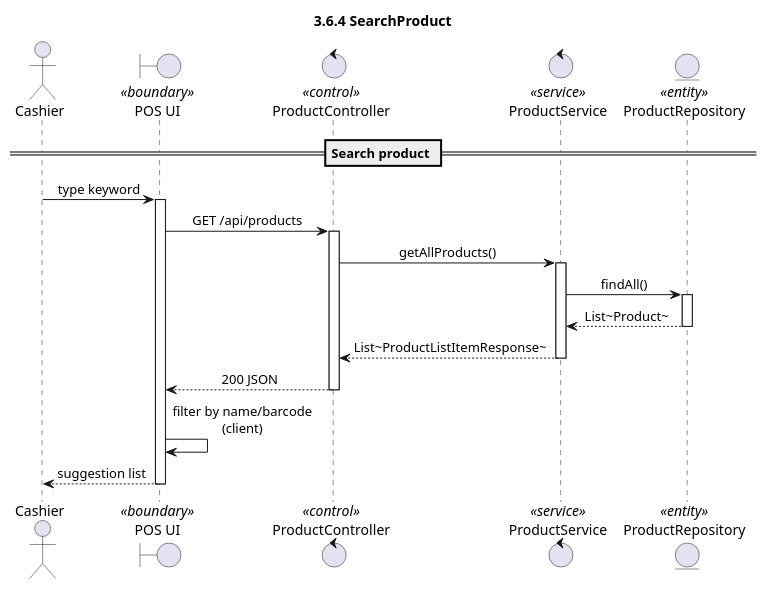
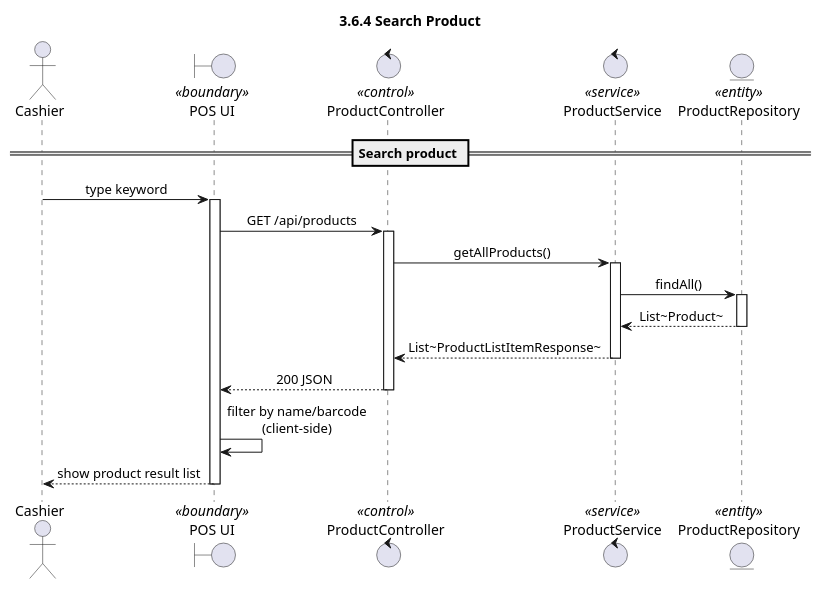
Before and after one commit to QuyQuy123/supermarket: the diagram in docs/sequences/3-6-03-search-product.puml, drawn with PlantUML. The commit also changed 11 other files, not shown here.

```diff
--- a/docs/sequences/3-6-03-search-product.puml
+++ b/docs/sequences/3-6-03-search-product.puml
@@ -1,35 +1,35 @@
 @startuml
 skinparam shadowing false
 skinparam responseMessageBelowArrow true
 skinparam sequenceMessageAlign center
 skinparam maxMessageSize 180
 skinparam sequenceParticipant underline false
 skinparam stereotypePosition top
-title 3.6.4 SearchProduct
+title 3.6.4 Search Product
 
 actor "Cashier" as C
 boundary "POS UI" as UI <<boundary>>
 control "ProductController" as PC <<control>>
 control "ProductService" as S <<service>>
 entity "ProductRepository" as R <<entity>>
 
 == Search product ==
 C -> UI: type keyword
 activate UI
 UI -> PC: GET /api/products
 activate PC
 PC -> S: getAllProducts()
 activate S
 S -> R: findAll()
 activate R
 R --> S: List~Product~
 deactivate R
 S --> PC: List~ProductListItemResponse~
 deactivate S
 PC --> UI: 200 JSON
 deactivate PC
-UI -> UI: filter by name/barcode (client)
-UI --> C: suggestion list
+UI -> UI: filter by name/barcode (client-side)
+UI --> C: show product result list
 deactivate UI
 
 @enduml
```
